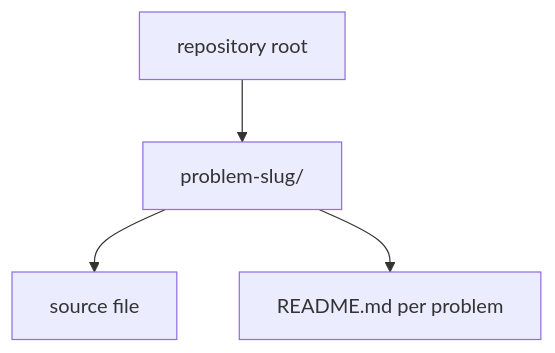
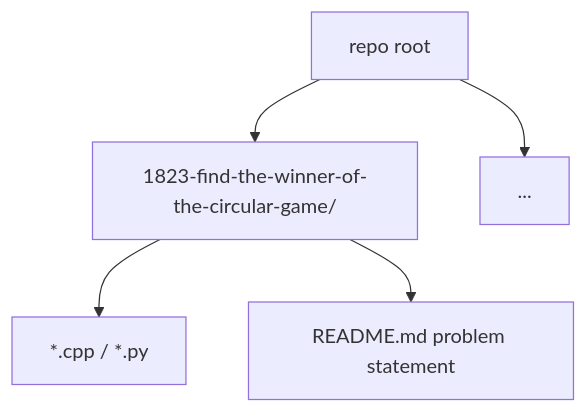
Before and after one commit to Aneesh495/leetcode: the diagram in README.md, drawn with Mermaid. The commit also changed other lines of this file, not shown here.

````diff
--- a/README.md
+++ b/README.md
@@ -8,6 +14,7 @@
 ```mermaid
 flowchart TD
-  Root[repository root] --> P1[problem-slug/]
-  P1 --> Src[source file]
-  P1 --> Notes[README.md per problem]
+  Root[repo root] --> D1["1823-find-the-winner-of-the-circular-game/"]
+  Root --> D2["..."]
+  D1 --> Src[*.cpp / *.py]
+  D1 --> Readme[README.md problem statement]
 ```
````
